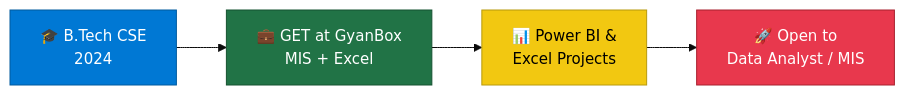
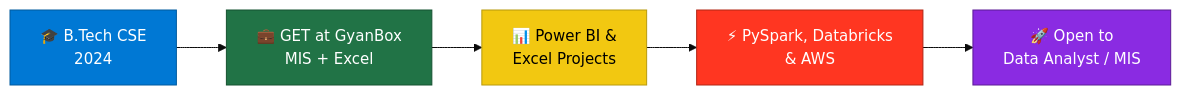
Before and after one commit to devanshudwivedi619/devanshudwivedi619: the diagram in README.md, drawn with Mermaid. The commit also changed other lines of this file, not shown here.

````diff
--- a/README.md
+++ b/README.md
@@ -57,11 +60,13 @@
 ```mermaid
 %%{init: {"theme":"base","themeVariables":{"fontSize":"15px"}}}%%
 flowchart LR
     A["🎓 B.Tech CSE<br/>2024"] --> B["💼 GET at GyanBox<br/>MIS + Excel"]
     B --> C["📊 Power BI &<br/>Excel Projects"]
-    C --> D["🚀 Open to<br/>Data Analyst / MIS"]
+    C --> D["⚡ PySpark, Databricks<br/>& AWS"]
+    D --> E["🚀 Open to<br/>Data Analyst / MIS"]
     style A fill:#0078D4,stroke:#005a9e,color:#fff
     style B fill:#217346,stroke:#155230,color:#fff
     style C fill:#F2C811,stroke:#b89a0d,color:#000
-    style D fill:#E8384D,stroke:#a8212f,color:#fff
+    style D fill:#FF3621,stroke:#b22615,color:#fff
+    style E fill:#8A2BE2,stroke:#5c1b96,color:#fff
 ```
````
